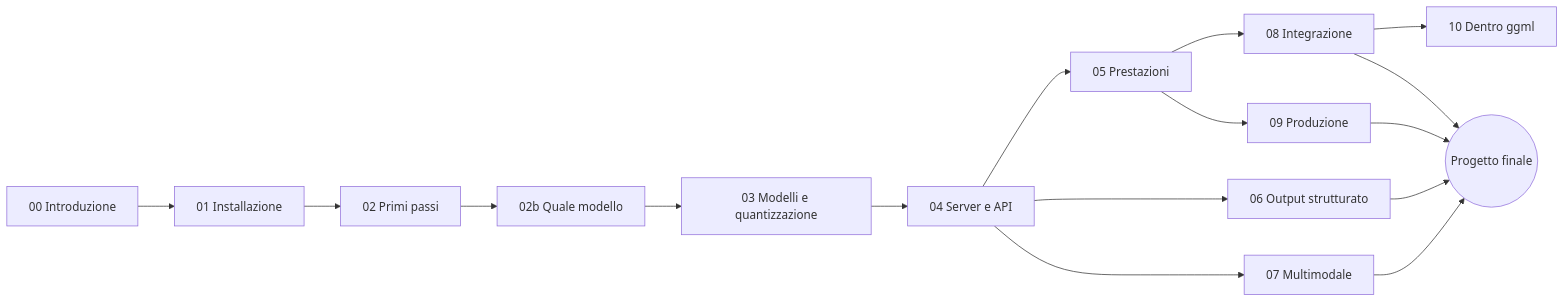
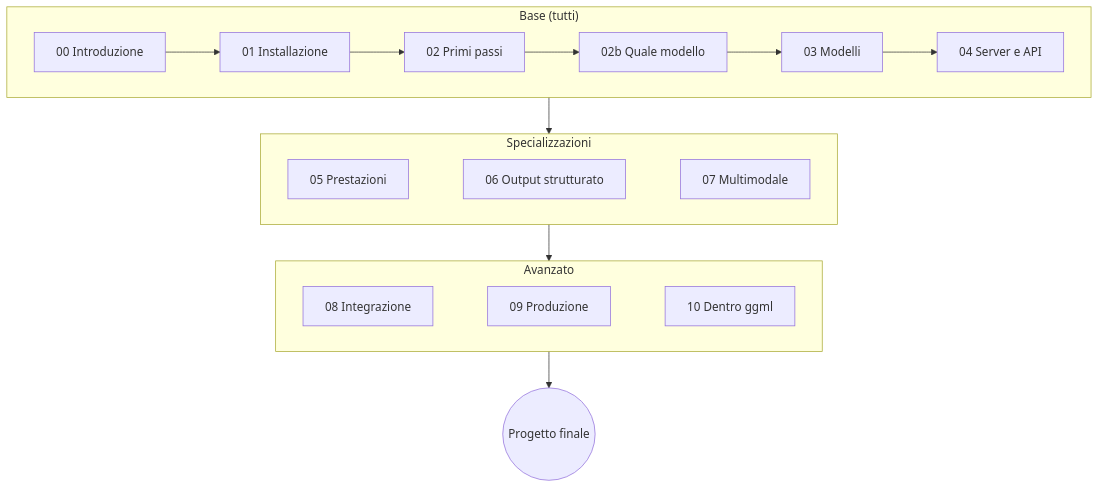
The diagram in corso/index.md (JoeBosi/llama-cpp-course), drawn with Mermaid before and after one commit. The commit also changed other lines of this file and 64 other files, not shown here.

````diff
--- a/corso/index.md
+++ b/corso/index.md
@@ -14,14 +53,16 @@
 ```mermaid
-flowchart LR
-    A[00 Introduzione] --> B[01 Installazione] --> C[02 Primi passi] --> C2[02b Quale modello] --> D[03 Modelli e quantizzazione] --> E[04 Server e API]
-    E --> F[05 Prestazioni]
-    E --> G[06 Output strutturato]
-    E --> H[07 Multimodale]
-    F --> I[08 Integrazione]
-    F --> J[09 Produzione]
-    I --> K[10 Dentro ggml]
-    J --> P((Progetto finale))
-    I --> P
-    G --> P
-    H --> P
+flowchart TB
+    subgraph base["Base (tutti)"]
+        direction LR
+        A[00 Introduzione] --> B[01 Installazione] --> C[02 Primi passi] --> C2[02b Quale modello] --> D[03 Modelli] --> E[04 Server e API]
+    end
+    subgraph spec["Specializzazioni"]
+        direction LR
+        F[05 Prestazioni] ~~~ G[06 Output strutturato] ~~~ H[07 Multimodale]
+    end
+    subgraph adv["Avanzato"]
+        direction LR
+        I[08 Integrazione] ~~~ J[09 Produzione] ~~~ K[10 Dentro ggml]
+    end
+    base --> spec --> adv --> P((Progetto finale))
 ```
````
